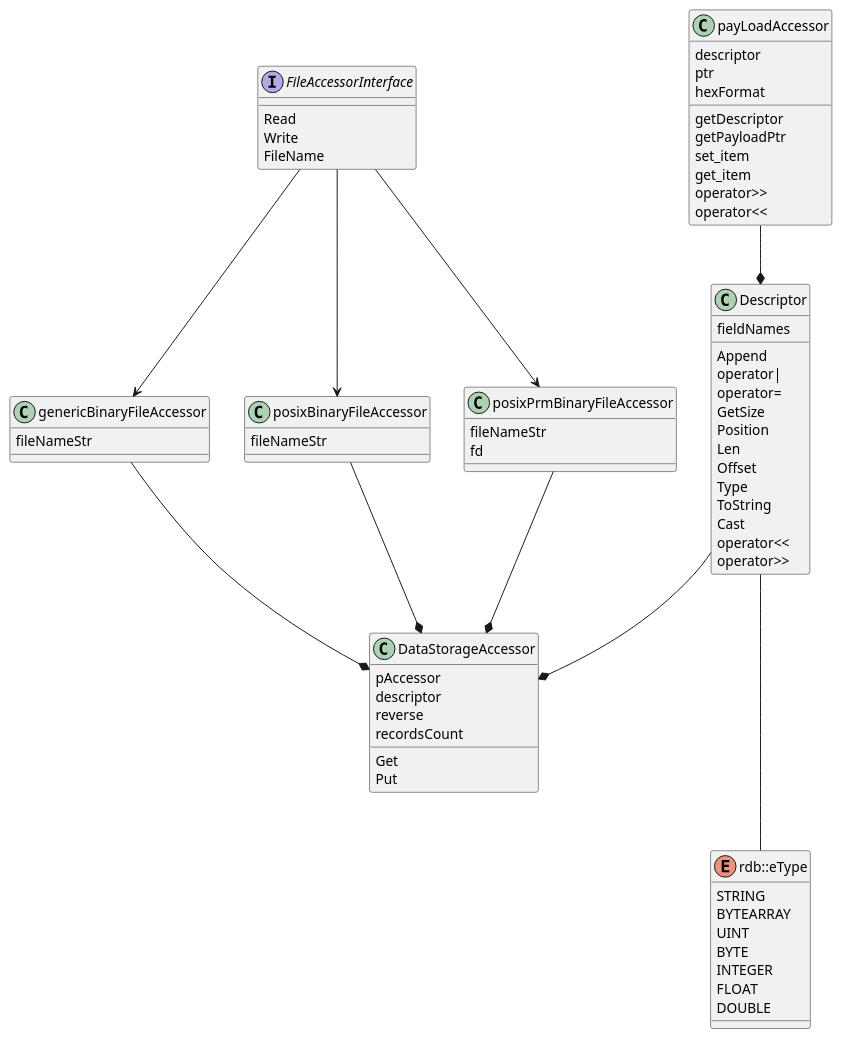
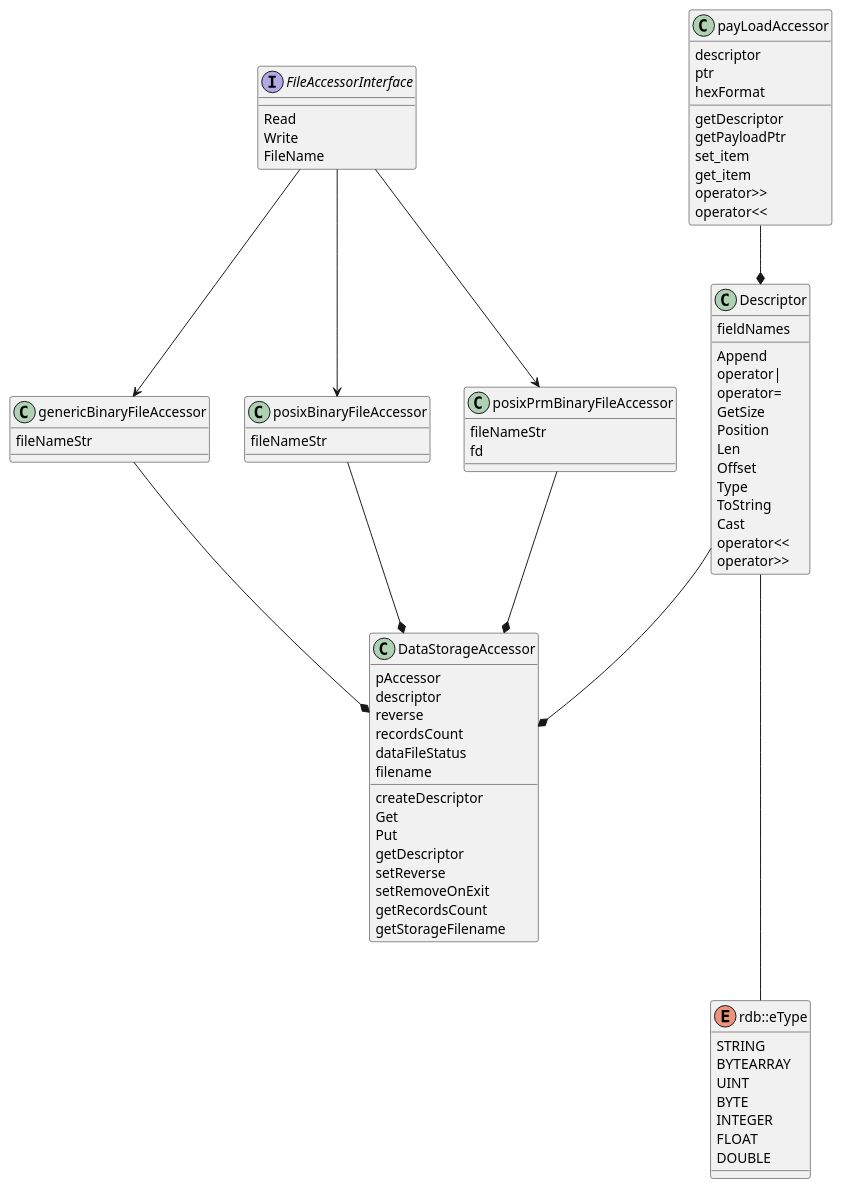
One commit to michalwidera/retractordb changed the diagram in src/include/rdb/UML/rdb.puml. Above: the diagram before and after it, drawn with PlantUML. The commit also changed 6 other files, not shown here.

```diff
--- a/src/include/rdb/UML/rdb.puml
+++ b/src/include/rdb/UML/rdb.puml
@@ -1,88 +1,96 @@
 @startuml
 
 class Descriptor {
     {field} fieldNames
 
     {method} Append
     {method} operator|
     {method} operator=
     {method} GetSize
     {method} Position
     {method} Len
     {method} Offset
     {method} Type
     {method} ToString
     {method} Cast
     {method} operator<<
     {method} operator>>
 }
 
 class genericBinaryFileAccessor {
     {field} fileNameStr
 }
 
 
 class posixBinaryFileAccessor {
     {field} fileNameStr
 }
 
 class posixPrmBinaryFileAccessor {
     {field} fileNameStr
     {field} fd
 }
 
 
 interface FileAccessorInterface {
     {method} Read
     {method} Write
     {method} FileName
 }
 
 class payLoadAccessor {
     {field} descriptor
     {field} ptr
     {field} hexFormat
 
     {method} getDescriptor
     {method} getPayloadPtr
     {method} set_item
     {method} get_item
     {method} operator>>
     {method} operator<<
 }
 
 class DataStorageAccessor {
     {field} pAccessor
     {field} descriptor
     {field} reverse
     {field} recordsCount
+    {field} dataFileStatus
+    {field} filename
 
+    {method} createDescriptor
     {method} Get
     {method} Put
+    {method} getDescriptor
+    {method} setReverse
+    {method} setRemoveOnExit
+    {method} getRecordsCount
+    {method} getStorageFilename
 }
 
 enum rdb::eType {
     STRING
     BYTEARRAY
     UINT
     BYTE
     INTEGER
     FLOAT
     DOUBLE
 }
 
 FileAccessorInterface --> genericBinaryFileAccessor
 FileAccessorInterface --> posixBinaryFileAccessor
 FileAccessorInterface --> posixPrmBinaryFileAccessor
 
 genericBinaryFileAccessor --* DataStorageAccessor
 posixBinaryFileAccessor --* DataStorageAccessor
 posixPrmBinaryFileAccessor --* DataStorageAccessor
 
 Descriptor --* DataStorageAccessor
 
 Descriptor --- rdb::eType
 
 payLoadAccessor --* Descriptor
 
 @enduml
```
